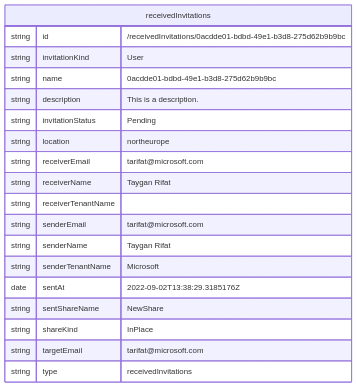
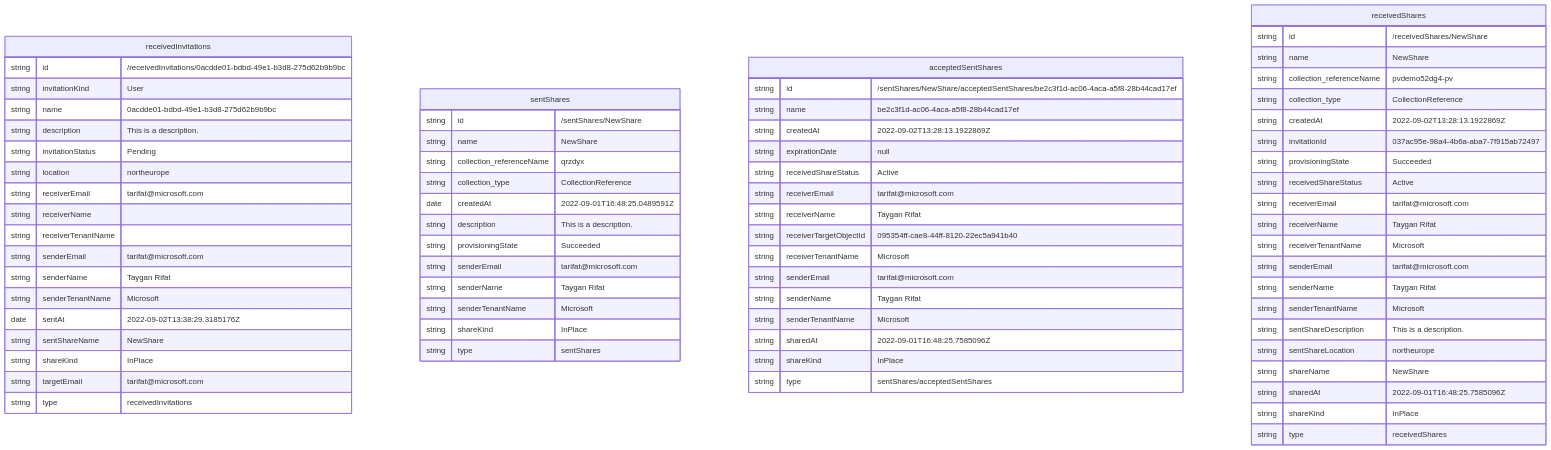
The second of 2 diagrams in doc/commands/share/main.md (tayganr/purviewcli), drawn with Mermaid before and after one commit.

````diff
--- a/doc/commands/share/main.md
+++ b/doc/commands/share/main.md
@@ -82,25 +82,75 @@
 ```mermaid
 erDiagram
-
-    receivedInvitations
-
     receivedInvitations {
         string id "/receivedInvitations/0acdde01-bdbd-49e1-b3d8-275d62b9b9bc"
         string invitationKind "User"
         string name "0acdde01-bdbd-49e1-b3d8-275d62b9b9bc"
         string description "This is a description."
         string invitationStatus "Pending"
         string location "northeurope"
         string receiverEmail "tarifat@microsoft.com"
-        string receiverName "Taygan Rifat"
+        string receiverName
         string receiverTenantName
         string senderEmail "tarifat@microsoft.com"
         string senderName "Taygan Rifat"
         string senderTenantName "Microsoft"
         date sentAt "2022-09-02T13:38:29.3185176Z"
         string sentShareName "NewShare"
         string shareKind "InPlace"
         string targetEmail "tarifat@microsoft.com"
         string type "receivedInvitations"
     }
+    sentShares {
+        string id "/sentShares/NewShare"
+        string name "NewShare"
+        string collection_referenceName "qrzdyx"
+        string collection_type "CollectionReference"
+        date createdAt "2022-09-01T16:48:25.0489591Z"
+        string description "This is a description."
+        string provisioningState "Succeeded"
+        string senderEmail "tarifat@microsoft.com"
+        string senderName "Taygan Rifat"
+        string senderTenantName "Microsoft"
+        string shareKind "InPlace"
+        string type "sentShares"
+    }
+    acceptedSentShares {
+        string id "/sentShares/NewShare/acceptedSentShares/be2c3f1d-ac06-4aca-a5f8-28b44cad17ef"
+        string name "be2c3f1d-ac06-4aca-a5f8-28b44cad17ef"
+        string createdAt "2022-09-02T13:28:13.1922869Z"
+        string expirationDate "null"
+        string receivedShareStatus "Active"
+        string receiverEmail "tarifat@microsoft.com"
+        string receiverName "Taygan Rifat"
+        string receiverTargetObjectId "095354ff-cae8-44ff-8120-22ec5a941b40"
+        string receiverTenantName "Microsoft"
+        string senderEmail "tarifat@microsoft.com"
+        string senderName "Taygan Rifat"
+        string senderTenantName "Microsoft"
+        string sharedAt "2022-09-01T16:48:25.7585096Z"
+        string shareKind "InPlace"
+        string type "sentShares/acceptedSentShares"
+    }
+    receivedShares {
+        string id "/receivedShares/NewShare"
+        string name "NewShare"
+        string collection_referenceName "pvdemo52dg4-pv"
+        string collection_type "CollectionReference"
+        string createdAt "2022-09-02T13:28:13.1922869Z"
+        string invitationId "037ac95e-98a4-4b6a-aba7-7f915ab72497"
+        string provisioningState "Succeeded"
+        string receivedShareStatus "Active"
+        string receiverEmail "tarifat@microsoft.com"
+        string receiverName "Taygan Rifat"
+        string receiverTenantName "Microsoft"
+        string senderEmail "tarifat@microsoft.com"
+        string senderName "Taygan Rifat"
+        string senderTenantName "Microsoft"
+        string sentShareDescription "This is a description."
+        string sentShareLocation "northeurope"
+        string shareName "NewShare"
+        string sharedAt "2022-09-01T16:48:25.7585096Z"
+        string shareKind "InPlace"
+        string type "receivedShares"
+    }
 ```
````
